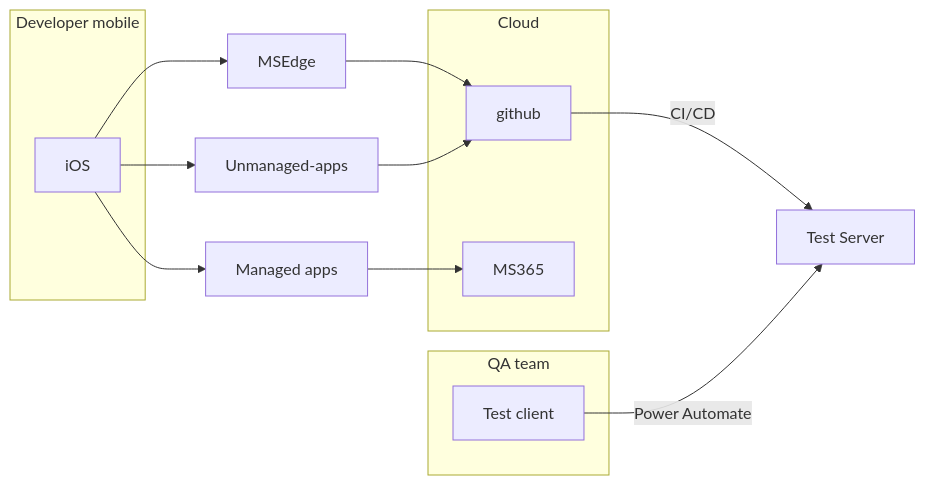
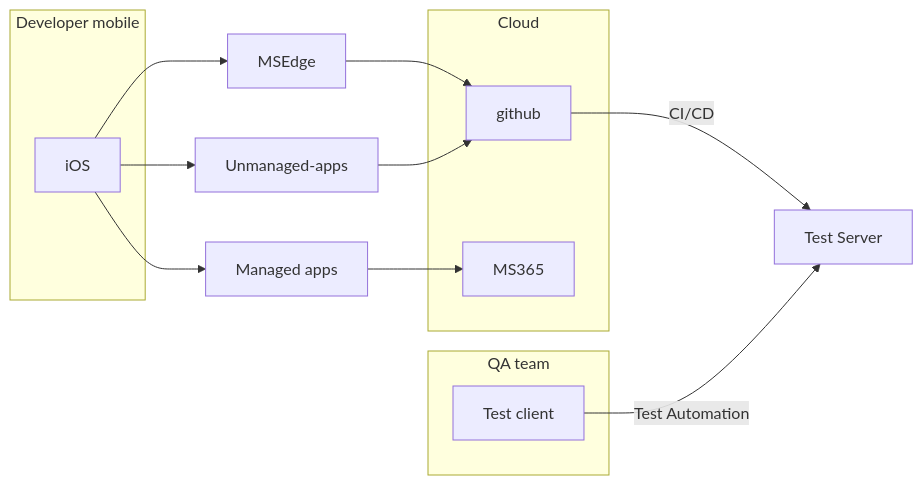
Before and after one commit to metaproxy-technologies/pages: the fourth of 5 diagrams in docs/_posts/2021-12-28-SecureDevelopment.md, drawn with Mermaid.

````diff
--- a/docs/_posts/2021-12-28-SecureDevelopment.md
+++ b/docs/_posts/2021-12-28-SecureDevelopment.md
@@ -129,31 +129,31 @@
 ```mermaid
 graph LR;
   X[iOS]
   Y[MSEdge];
   A[Managed apps];
   B[Unmanaged-apps];
   C[github]
   D[MS365]
   F[Test Server];
   G[Test client];
 
   X --> A
   X --> B
   X --> Y
   Y --> C
   A --> D
   B --> C
   C -- CI/CD --> F
-  G -- Power Automate --> F
+  G -- Test Automation --> F
 
   subgraph Developer mobile;
     X
   end
   subgraph QA team;
     G
   end
   subgraph Cloud;
     C
     D
   end
 ```
````
